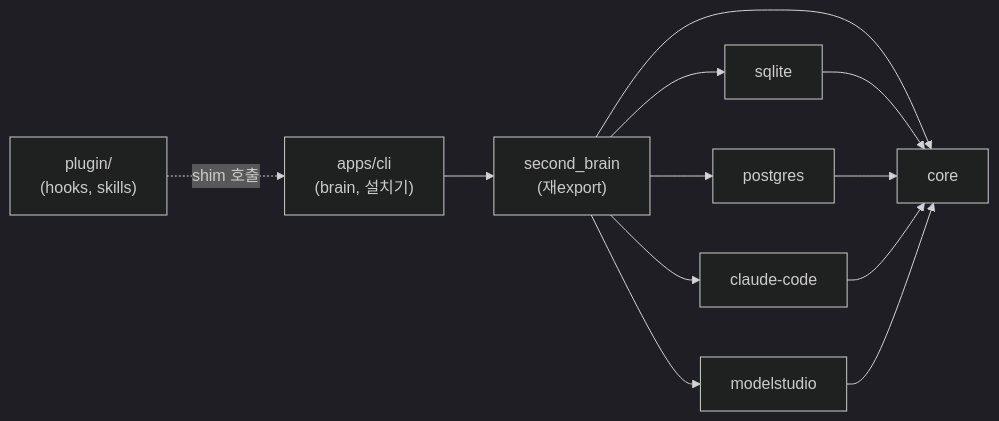
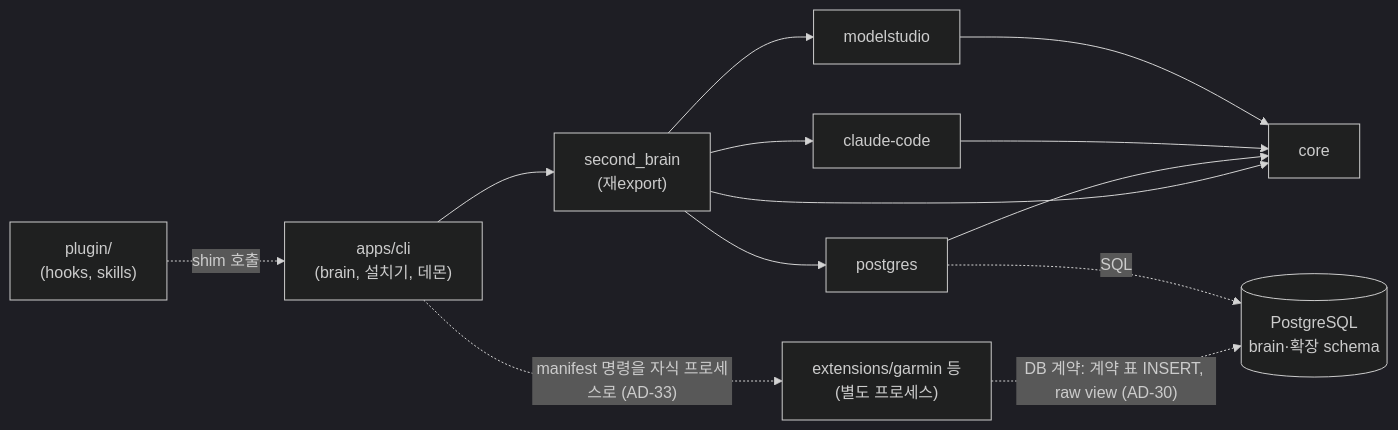
Before and after one commit to gmae199boy/second-brain: the first of 4 diagrams in _bmad-output/personal-brain/architecture-brain-v1-slice-1/architecture-brain-v1-slice-1.md, drawn with Mermaid (dark theme). The commit also changed other lines of this file and 8 other files, not shown here.

First line of the commit message:
docs: update the architecture spine for the single PostgreSQL store and extensions

````diff
--- a/_bmad-output/personal-brain/architecture-brain-v1-slice-1/architecture-brain-v1-slice-1.md
+++ b/_bmad-output/personal-brain/architecture-brain-v1-slice-1/architecture-brain-v1-slice-1.md
@@ -39,14 +44,15 @@
 ```mermaid
 flowchart LR
-  cli["apps/cli<br/>(brain, 설치기)"] --> sb["second_brain<br/>(재export)"]
+  cli["apps/cli<br/>(brain, 설치기, 데몬)"] --> sb["second_brain<br/>(재export)"]
   plugin["plugin/<br/>(hooks, skills)"] -. "shim 호출" .-> cli
   sb --> core["core"]
-  sb --> sq["sqlite"]
   sb --> pg["postgres"]
   sb --> cc["claude-code"]
   sb --> ms["modelstudio"]
-  sq --> core
   pg --> core
   cc --> core
   ms --> core
+  cli -. "manifest 명령을 자식 프로세스로 (AD-33)" .-> ext["extensions/garmin 등<br/>(별도 프로세스)"]
+  ext -. "DB 계약: 계약 표 INSERT, raw view (AD-30)" .-> dbc[("PostgreSQL<br/>brain·확장 schema")]
+  pg -. "SQL" .-> dbc
 ```
````
